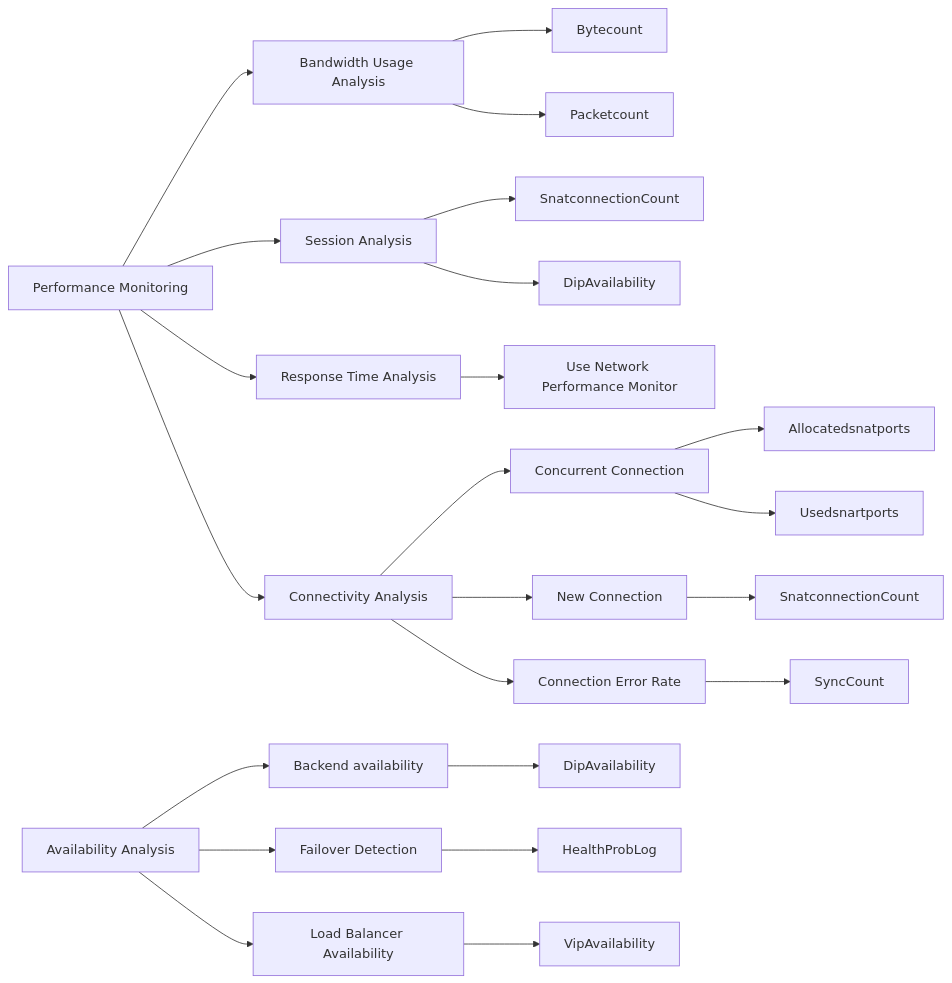
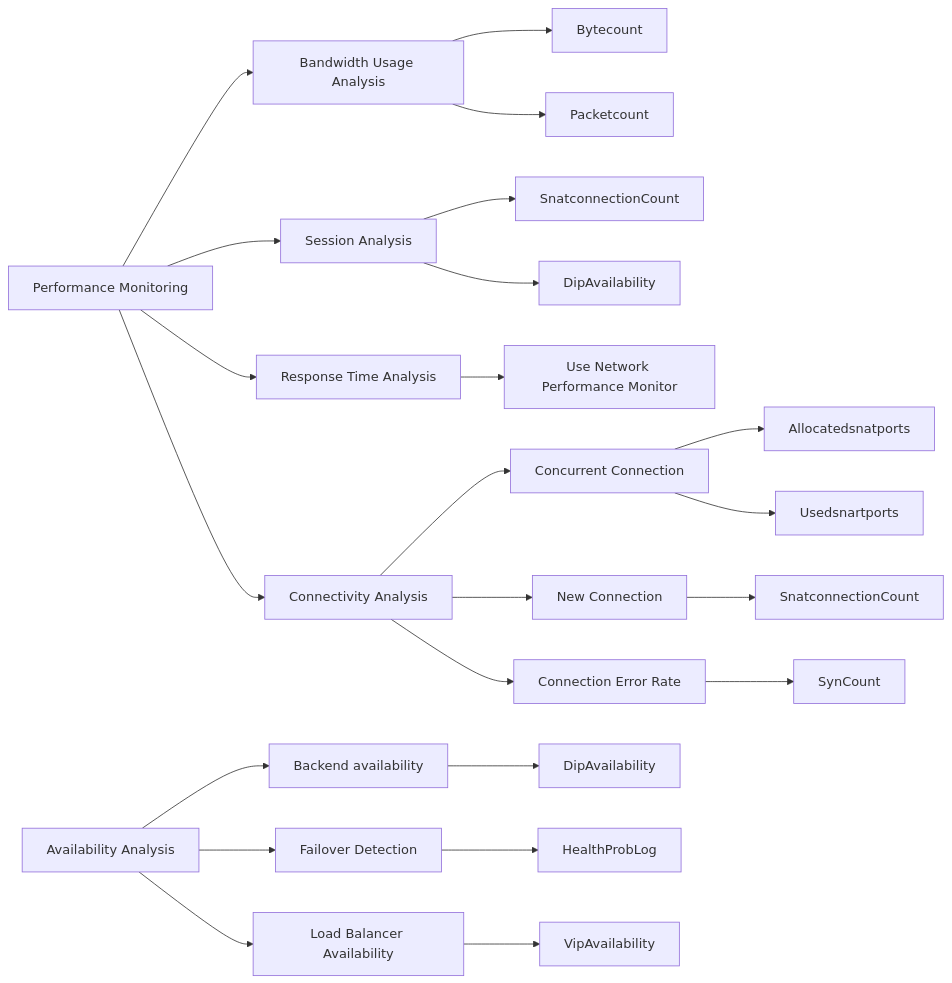
Before and after one commit to Azure/azure-monitor-baseline-alerts: the diagram in services/Network/loadBalancers/_index.md, drawn with Mermaid. The commit also changed other lines of this file, not shown here.

````diff
--- a/services/Network/loadBalancers/_index.md
+++ b/services/Network/loadBalancers/_index.md
@@ -9,28 +16,28 @@
 ```mermaid
 flowchart LR
     A[Performance Monitoring]-->B[Bandwidth Usage Analysis]
     A-->C[Session Analysis]
     A-->D[Response Time Analysis]
     B-->R2[Bytecount]
     B-->R13[Packetcount]
     C-->R3[SnatconnectionCount]
     C-->R4[DipAvailability]
     D-->PM[Use Network Performance Monitor]
     A-->CA[Connectivity Analysis]
     CA-->CNN[Concurrent Connection]
     CA-->NC[New Connection]
     CA-->CE[Connection Error Rate]
     CNN-->R5[Allocatedsnatports]
     CNN-->R6[Usedsnartports]
     NC-->R7[SnatconnectionCount]
-    CE-->R8[SyncCount]
+    CE-->R8[SynCount]
     AA[Availability Analysis]-->HC[Backend availability]
     AA-->FOD[Failover Detection]
     AA-->AR[Load Balancer Availability]
     HC-->R10[DipAvailability]
     FOD-->R11[HealthProbLog]
     AR-->R12[VipAvailability]
 
 
 
 ```
````
